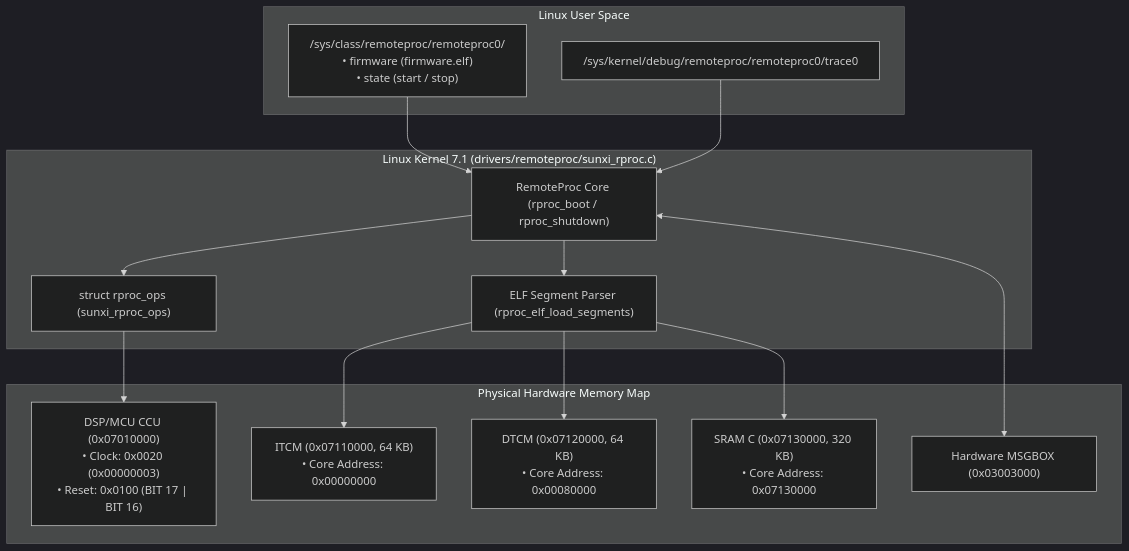
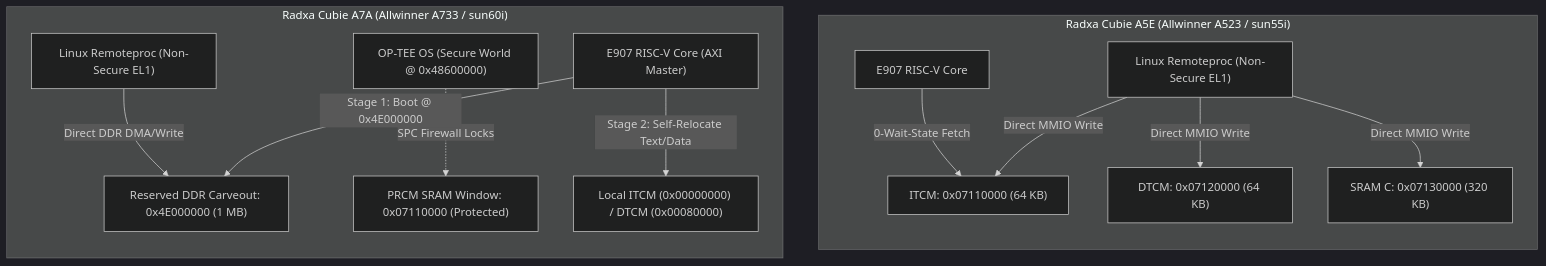
Before and after one commit to tcmichals/cubie-a5e: the diagram in docs/ALLWINNER_RISCV_REMOTEPROC_GUIDE.md, drawn with Mermaid (dark theme). The commit also changed other lines of this file and 24 other files, not shown here.

Commit message:
feat(cubie-a7a): add sunxi remoteproc driver, sram mapping, and riscv firmware bringup

````diff
--- a/docs/ALLWINNER_RISCV_REMOTEPROC_GUIDE.md
+++ b/docs/ALLWINNER_RISCV_REMOTEPROC_GUIDE.md
@@ -16,31 +16,18 @@
 ```mermaid
 flowchart TB
-    subgraph "Linux User Space"
-        SYSFS["/sys/class/remoteproc/remoteproc0/<br/>• firmware (firmware.elf)<br/>• state (start / stop)"]
-        TRACE["/sys/kernel/debug/remoteproc/remoteproc0/trace0"]
+    subgraph "Radxa Cubie A5E (Allwinner A523 / sun55i)"
+        direction TB
+        A5E_LINUX["Linux Remoteproc (Non-Secure EL1)"] -->|"Direct MMIO Write"| A5E_ITCM["ITCM: 0x07110000 (64 KB)"]
+        A5E_LINUX -->|"Direct MMIO Write"| A5E_DTCM["DTCM: 0x07120000 (64 KB)"]
+        A5E_LINUX -->|"Direct MMIO Write"| A5E_SRAM["SRAM C: 0x07130000 (320 KB)"]
+        A5E_E907["E907 RISC-V Core"] -->|"0-Wait-State Fetch"| A5E_ITCM
     end
 
-    subgraph "Linux Kernel 7.1 (drivers/remoteproc/sunxi_rproc.c)"
-        CORE["RemoteProc Core (rproc_boot / rproc_shutdown)"]
-        ELF["ELF Segment Parser (rproc_elf_load_segments)"]
-        OPS["struct rproc_ops (sunxi_rproc_ops)"]
+    subgraph "Radxa Cubie A7A (Allwinner A733 / sun60i)"
+        direction TB
+        A7A_LINUX["Linux Remoteproc (Non-Secure EL1)"] -->|"Direct DDR DMA/Write"| A7A_DDR["Reserved DDR Carveout: 0x4E000000 (1 MB)"]
+        A7A_OPTEE["OP-TEE OS (Secure World @ 0x48600000)"] -.->|"SPC Firewall Locks"| A7A_SEC["PRCM SRAM Window: 0x07110000 (Protected)"]
+        A7A_E907["E907 RISC-V Core (AXI Master)"] -->|"Stage 1: Boot @ 0x4E000000"| A7A_DDR
+        A7A_E907 -->|"Stage 2: Self-Relocate Text/Data"| A7A_LOCAL_TCM["Local ITCM (0x00000000) / DTCM (0x00080000)"]
     end
-
-    subgraph "Physical Hardware Memory Map"
-        CCU["DSP/MCU CCU (0x07010000)<br/>• Clock: 0x0020 (0x00000003)<br/>• Reset: 0x0100 (BIT 17 | BIT 16)"]
-        ITCM["ITCM (0x07110000, 64 KB)<br/>• Core Address: 0x00000000"]
-        DTCM["DTCM (0x07120000, 64 KB)<br/>• Core Address: 0x00080000"]
-        SRAM["SRAM C (0x07130000, 320 KB)<br/>• Core Address: 0x07130000"]
-        MBOX["Hardware MSGBOX (0x03003000)"]
-    end
-
-    SYSFS --> CORE
-    TRACE --> CORE
-    CORE --> OPS
-    CORE --> ELF
-    OPS --> CCU
-    ELF --> ITCM
-    ELF --> DTCM
-    ELF --> SRAM
-    CORE <--> MBOX
 ```
````
